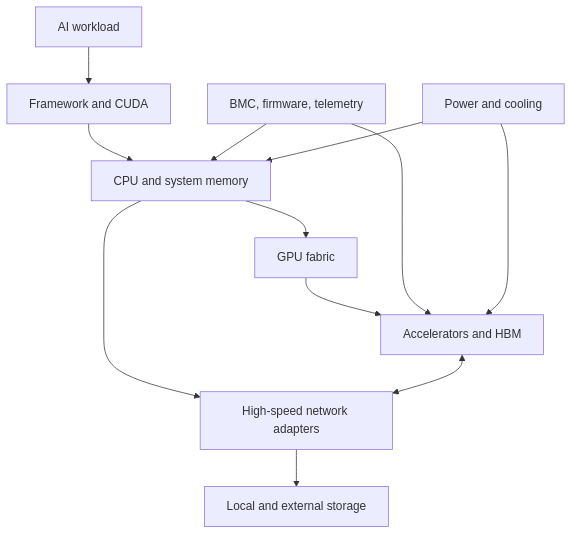
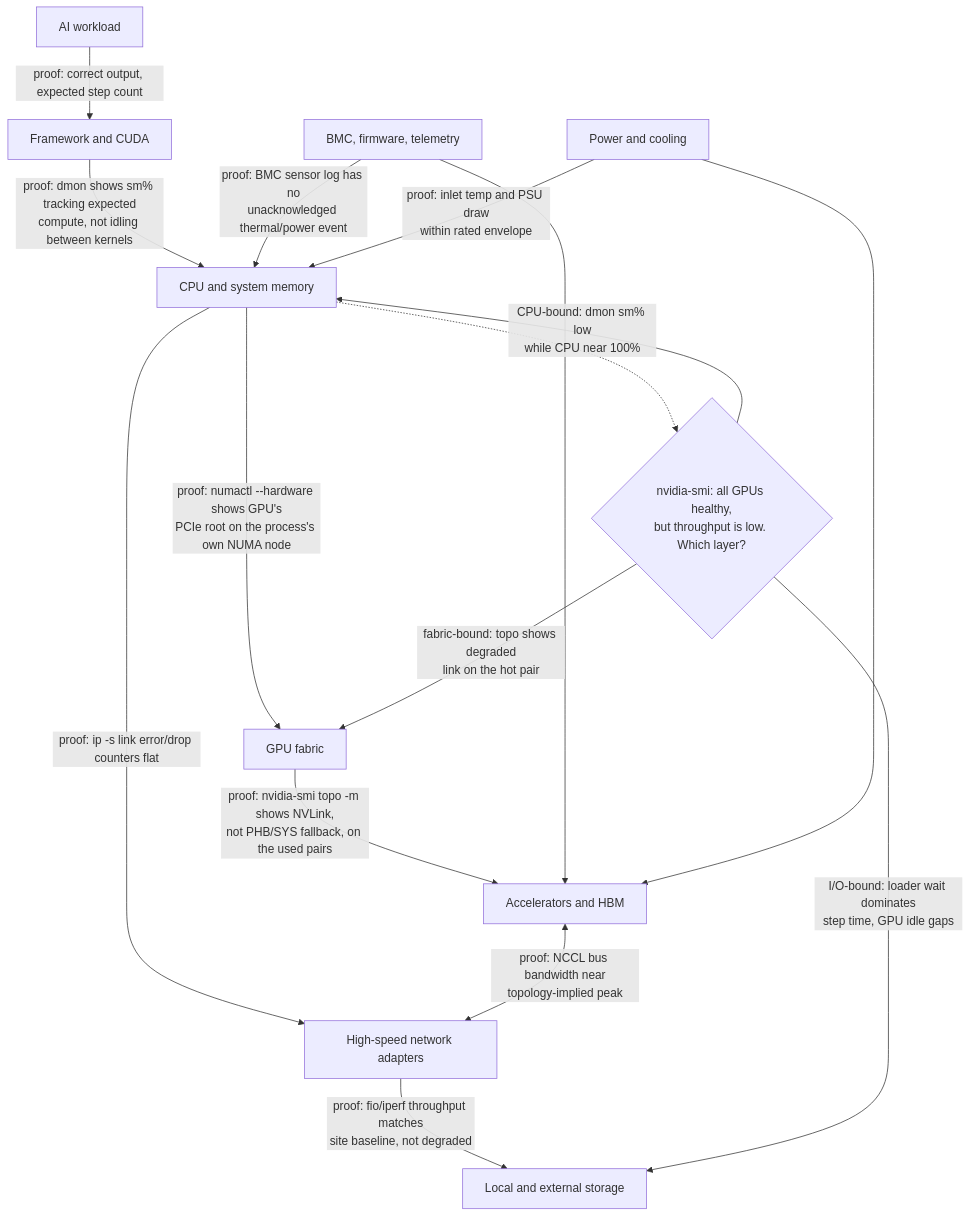
One commit to jithinpnjm/nvidia-devops changed the first of 4 diagrams in docs/nvidia-zero-to-hero/volume-05/chapter-02-inside-a-dgx-system.md. Above: the diagram before and after it, drawn with Mermaid. The commit also changed other lines of this file and 5 other files, not shown here.

````diff
--- a/docs/nvidia-zero-to-hero/volume-05/chapter-02-inside-a-dgx-system.md
+++ b/docs/nvidia-zero-to-hero/volume-05/chapter-02-inside-a-dgx-system.md
@@ -32,21 +32,30 @@
 ```mermaid
 flowchart TD
     App[AI workload]
     Framework[Framework and CUDA]
     Host[CPU and system memory]
     Fabric[GPU fabric]
     GPUs[Accelerators and HBM]
     NICs[High-speed network adapters]
     Storage[Local and external storage]
     Mgmt[BMC, firmware, telemetry]
     Facility[Power and cooling]
+    Bottleneck{"nvidia-smi: all GPUs healthy,<br/>but throughput is low. Which layer?"}
 
-    App --> Framework --> Host
-    Host --> Fabric --> GPUs
-    Host --> NICs --> Storage
-    GPUs <--> NICs
-    Mgmt --> Host
+    App -->|"proof: correct output, expected step count"| Framework
+    Framework -->|"proof: dmon shows sm% tracking expected<br/>compute, not idling between kernels"| Host
+    Host -->|"proof: numactl --hardware shows GPU's<br/>PCIe root on the process's own NUMA node"| Fabric
+    Fabric -->|"proof: nvidia-smi topo -m shows NVLink,<br/>not PHB/SYS fallback, on the used pairs"| GPUs
+    Host -->|"proof: ip -s link error/drop counters flat"| NICs
+    NICs -->|"proof: fio/iperf throughput matches<br/>site baseline, not degraded"| Storage
+    GPUs <-->|"proof: NCCL bus bandwidth near<br/>topology-implied peak"| NICs
+    Mgmt -->|"proof: BMC sensor log has no<br/>unacknowledged thermal/power event"| Host
     Mgmt --> GPUs
-    Facility --> Host
+    Facility -->|"proof: inlet temp and PSU draw<br/>within rated envelope"| Host
     Facility --> GPUs
+
+    Host -.-> Bottleneck
+    Bottleneck -->|"CPU-bound: dmon sm% low<br/>while CPU near 100%"| Host
+    Bottleneck -->|"fabric-bound: topo shows degraded<br/>link on the hot pair"| Fabric
+    Bottleneck -->|"I/O-bound: loader wait dominates<br/>step time, GPU idle gaps"| Storage
 ```
````
